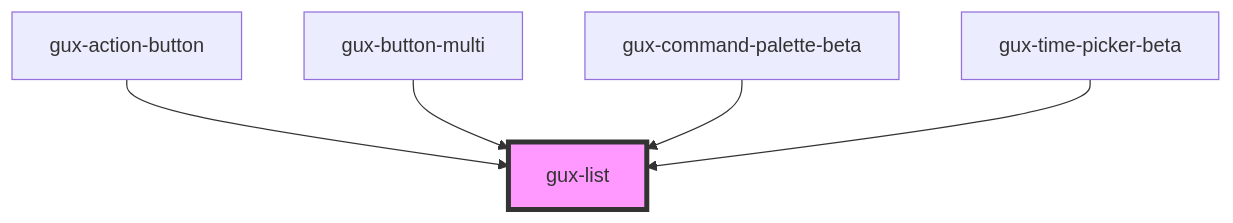
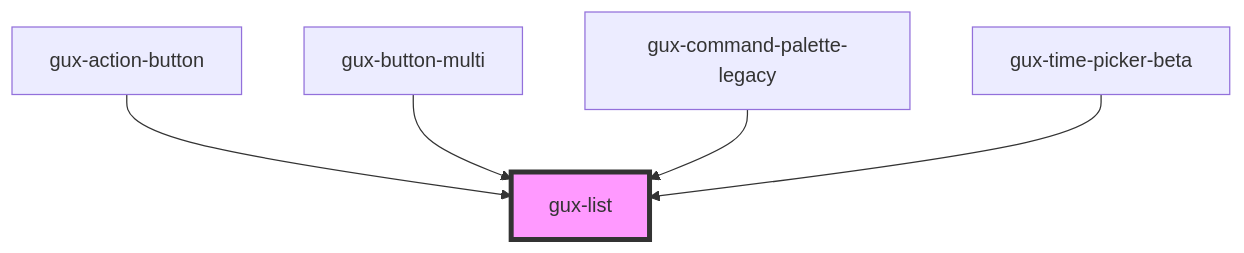
One commit to MyPureCloud/genesys-spark changed the diagram in src/components/stable/gux-list/readme.md. Above: the diagram before and after it, drawn with Mermaid. The commit also changed other lines of this file and 272 other files, not shown here.

````diff
--- a/src/components/stable/gux-list/readme.md
+++ b/src/components/stable/gux-list/readme.md
@@ -97,8 +97,8 @@
 ```mermaid
 graph TD;
   gux-action-button --> gux-list
   gux-button-multi --> gux-list
-  gux-command-palette-beta --> gux-list
+  gux-command-palette-legacy --> gux-list
   gux-time-picker-beta --> gux-list
   style gux-list fill:#f9f,stroke:#333,stroke-width:4px
 ```
````
